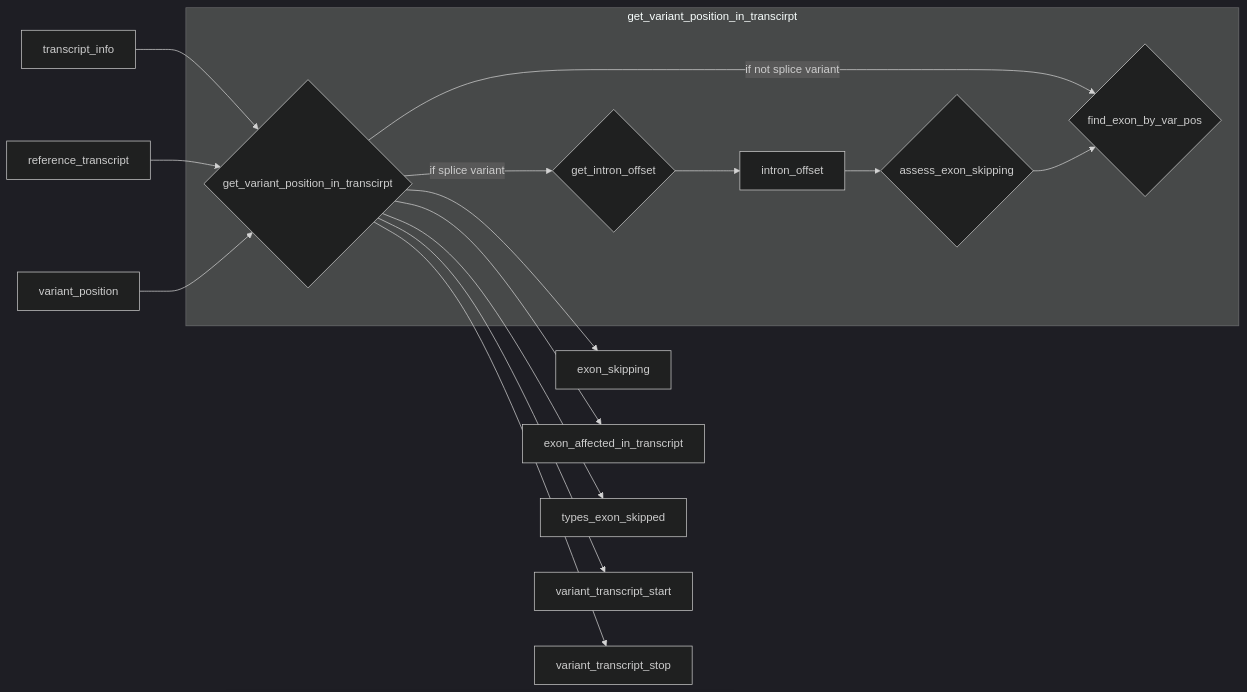
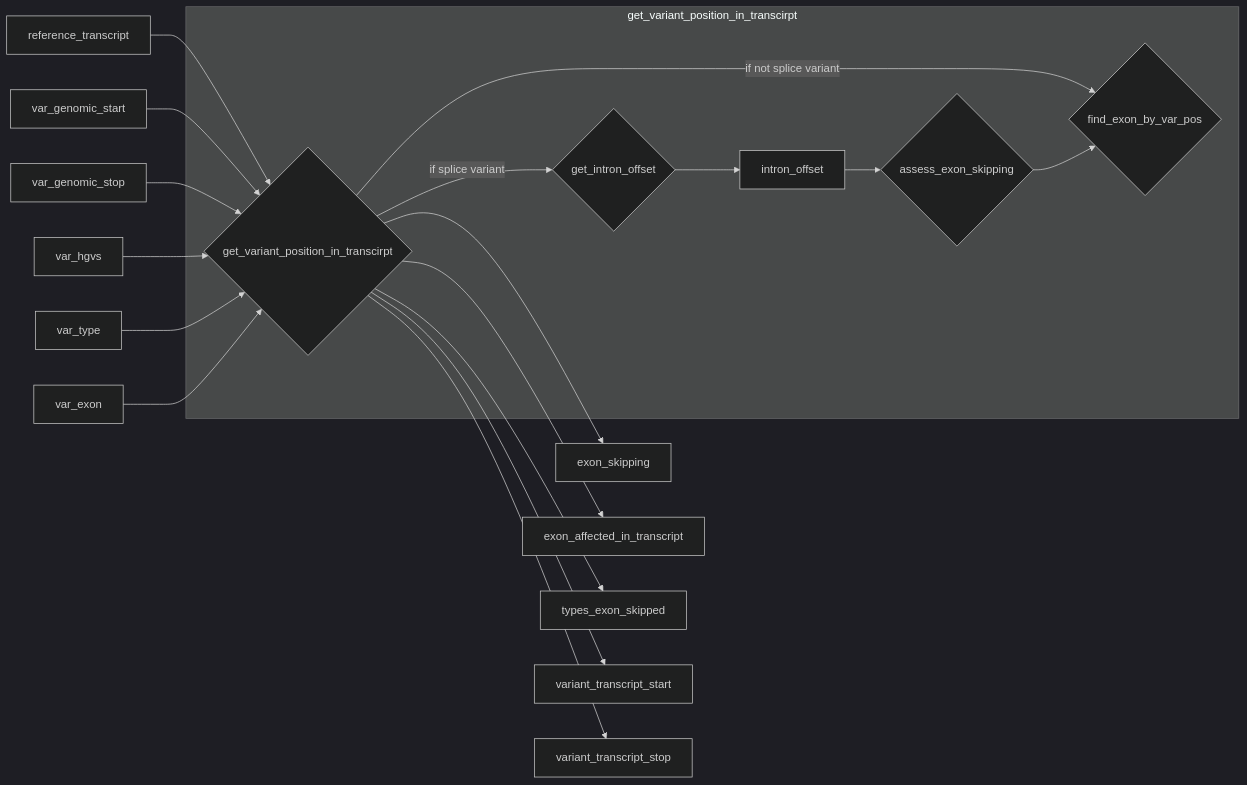
The eighth of 25 diagrams in Software_design/Mermaid.org (akatzke/HerediClassify), drawn with Mermaid (dark theme) before and after one commit. The commit also changed other lines of this file and 28 other files, not shown here.

Commit message:
Software design PVS1 and ClinVar

```diff
--- a/Software_design/Mermaid.org
+++ b/Software_design/Mermaid.org
@@ -153,18 +166,21 @@
-#+begin_src mermaid :file get_variant_position_in_transcirpt.png
+#+begin_src mermaid :file pvs1_get_variant_position_in_transcirpt.png
 flowchart LR
-   ti[transcript_info] --> gvp{get_variant_position_in_transcirpt}
-   gvp --> exon_skipping
+   gvp{get_variant_position_in_transcirpt} --> exon_skipping
    gvp --> exon_affected_in_transcript
    gvp --> types_exon_skipped
    gvp --> variant_transcript_start
    gvp --> variant_transcript_stop
    rt[reference_transcript] --> gvp
-   vp[variant_position] --> gvp
+   var_genomic_start --> gvp
+   var_genomic_stop --> gvp
+   var_hgvs --> gvp
+   var_type --> gvp
+   var_exon --> gvp
    subgraph get_variant_position_in_transcirpt
        gvp --> |if splice variant| gio{get_intron_offset}
        gvp --> |if not splice variant| fe{find_exon_by_var_pos}
        gio --> io[intron_offset]
        io --> aes{assess_exon_skipping}
        aes --> fe
        end
 #+end_src
```
